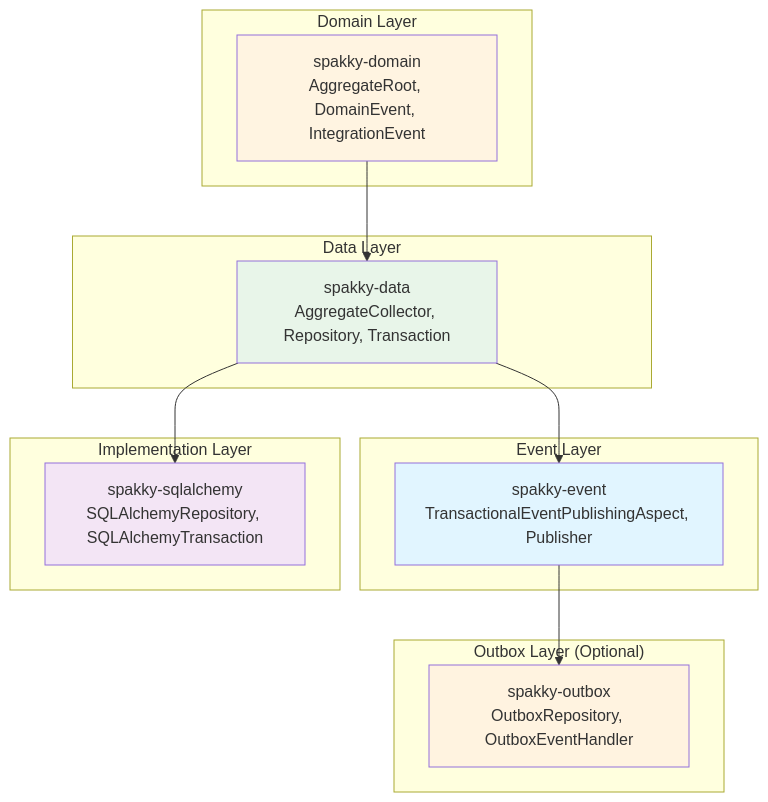
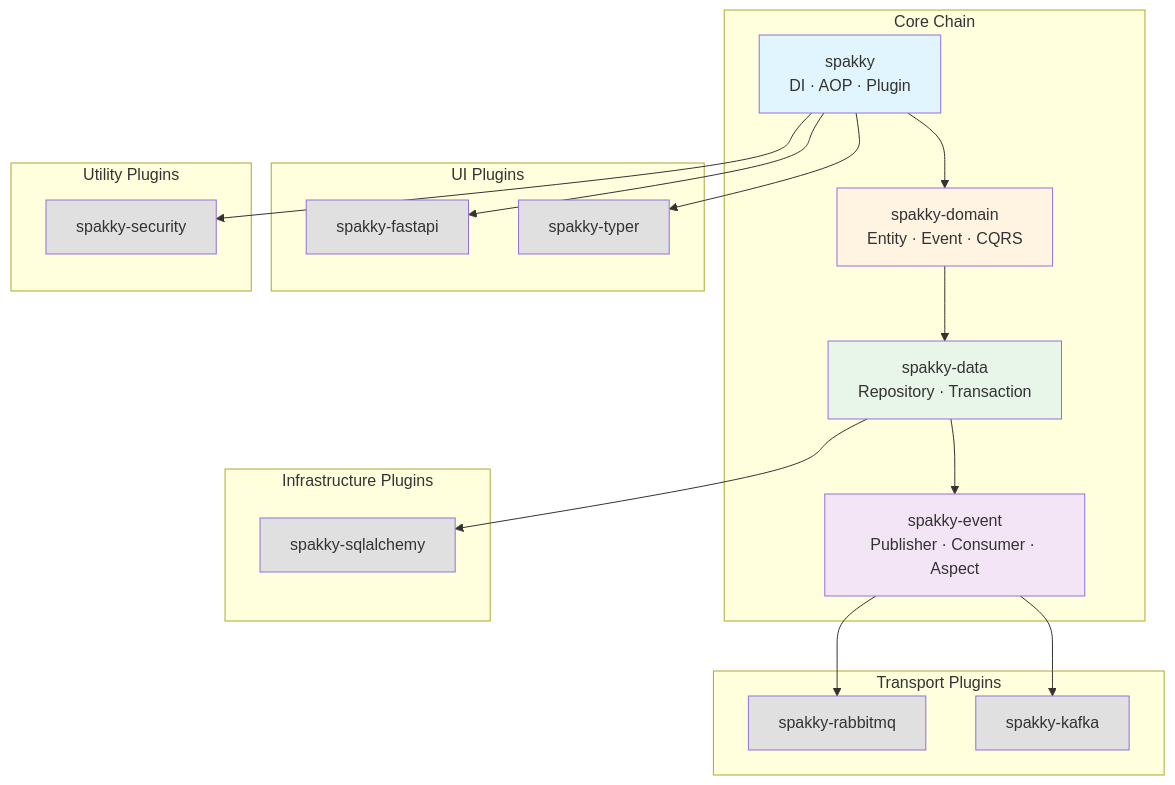
Before and after one commit to E5presso/spakky-framework: the first of 2 diagrams in ARCHITECTURE.md, drawn with Mermaid. The commit also changed other lines of this file and 11 other files, not shown here.

````diff
--- a/ARCHITECTURE.md
+++ b/ARCHITECTURE.md
@@ -5,33 +45,51 @@
 ```mermaid
 graph TB
-    subgraph "Domain Layer"
-        domain[spakky-domain<br/>AggregateRoot, DomainEvent, IntegrationEvent]
+    subgraph "Core Chain"
+        core[spakky<br/>DI · AOP · Plugin]
+        domain[spakky-domain<br/>Entity · Event · CQRS]
+        data[spakky-data<br/>Repository · Transaction]
+        event[spakky-event<br/>Publisher · Consumer · Aspect]
     end
 
-    subgraph "Data Layer"
-        data[spakky-data<br/>AggregateCollector, Repository, Transaction]
+    subgraph "UI Plugins"
+        fastapi[spakky-fastapi]
+        typer[spakky-typer]
     end
 
-    subgraph "Event Layer"
-        event[spakky-event<br/>TransactionalEventPublishingAspect, Publisher]
+    subgraph "Utility Plugins"
+        security[spakky-security]
     end
 
-    subgraph "Outbox Layer (Optional)"
-        outbox[spakky-outbox<br/>OutboxRepository, OutboxEventHandler]
+    subgraph "Transport Plugins"
+        rabbitmq[spakky-rabbitmq]
+        kafka[spakky-kafka]
     end
 
-    subgraph "Implementation Layer"
-        sqlalchemy[spakky-sqlalchemy<br/>SQLAlchemyRepository, SQLAlchemyTransaction]
+    subgraph "Infrastructure Plugins"
+        sqlalchemy[spakky-sqlalchemy]
     end
 
+    core --> domain
     domain --> data
     data --> event
+
+    core --> fastapi
+    core --> typer
+    core --> security
+
+    event --> rabbitmq
+    event --> kafka
+
     data --> sqlalchemy
-    event --> outbox
 
+    style core fill:#e1f5ff
     style domain fill:#fff4e1
     style data fill:#e8f5e9
-    style event fill:#e1f5ff
-    style outbox fill:#fff3e0
-    style sqlalchemy fill:#f3e5f5
+    style event fill:#f3e5f5
+    style fastapi fill:#e0e0e0
+    style typer fill:#e0e0e0
+    style security fill:#e0e0e0
+    style rabbitmq fill:#e0e0e0
+    style kafka fill:#e0e0e0
+    style sqlalchemy fill:#e0e0e0
 ```
````
